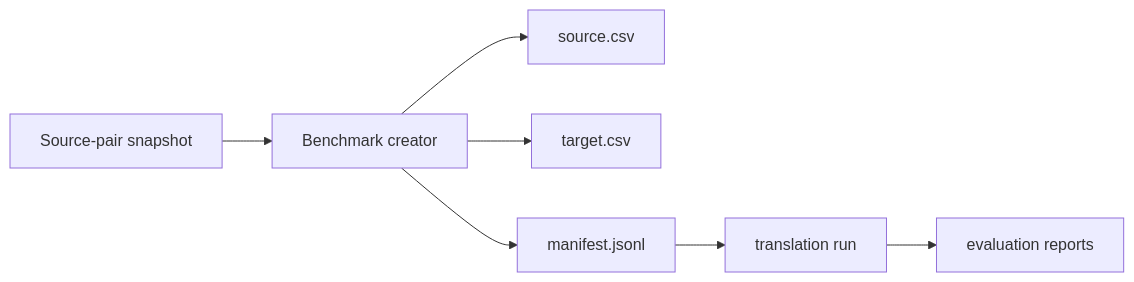
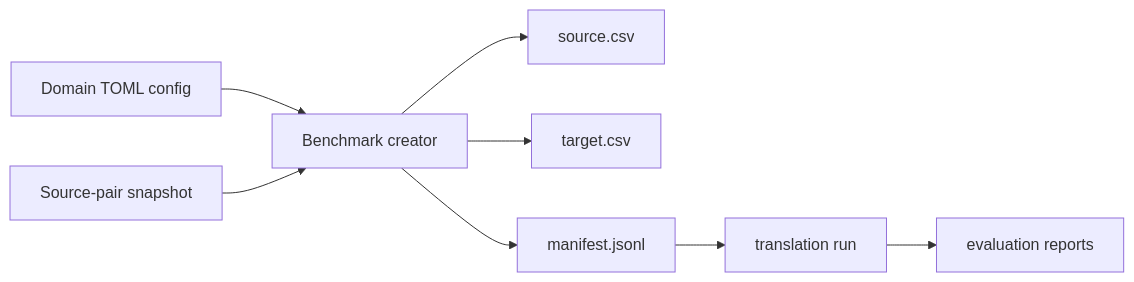
One commit to MohammadKhodadad/Chem-Machine-Translation changed the first of 3 diagrams in docs/benchmark-generation-pipeline.md. Above: the diagram before and after it, drawn with Mermaid. The commit also changed other lines of this file and 143 other files, not shown here.

Commit message:
Add config-driven benchmark generation pipeline

````diff
--- a/docs/benchmark-generation-pipeline.md
+++ b/docs/benchmark-generation-pipeline.md
@@ -46,9 +54,10 @@
 ```mermaid
 flowchart LR
-  A[Source-pair snapshot] --> B[Benchmark creator]
-  B --> C[source.csv]
-  B --> D[target.csv]
-  B --> E[manifest.jsonl]
-  E --> F[translation run]
-  F --> G[evaluation reports]
+  A[Domain TOML config] --> B[Benchmark creator]
+  SourceSnapshot[Source-pair snapshot] --> B
+  B --> SourceCsv[source.csv]
+  B --> TargetCsv[target.csv]
+  B --> Manifest[manifest.jsonl]
+  Manifest --> TranslationRun[translation run]
+  TranslationRun --> Reports[evaluation reports]
 ```
````
